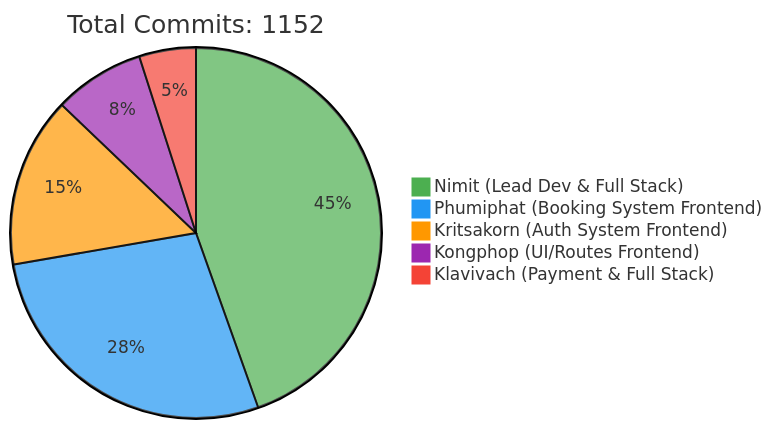
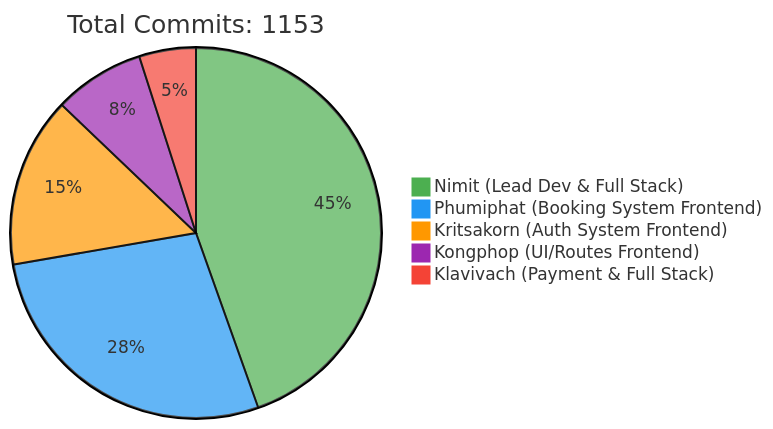
The first of 2 diagrams in README.md (6531503042/Sport-Complex), drawn with Mermaid before and after one commit. The commit also changed other lines of this file, not shown here.

Commit message:
docs: Update contributor statistics [skip ci]

````diff
--- a/README.md
+++ b/README.md
@@ -257,10 +257,10 @@
 ```mermaid
 %%{init: {'theme': 'base', 'themeVariables': { 'pie1': '#4CAF50', 'pie2': '#2196F3', 'pie3': '#FF9800', 'pie4': '#9C27B0', 'pie5': '#F44336'}}}%%
 pie
-    title Total Commits: 1152
+    title Total Commits: 1153
     "Nimit (Lead Dev & Full Stack)" : 450
     "Phumiphat (Booking System Frontend)" : 280
     "Kritsakorn (Auth System Frontend)" : 150
     "Kongphop (UI/Routes Frontend)" : 80
     "Klavivach (Payment & Full Stack)" : 50
 ```
````
